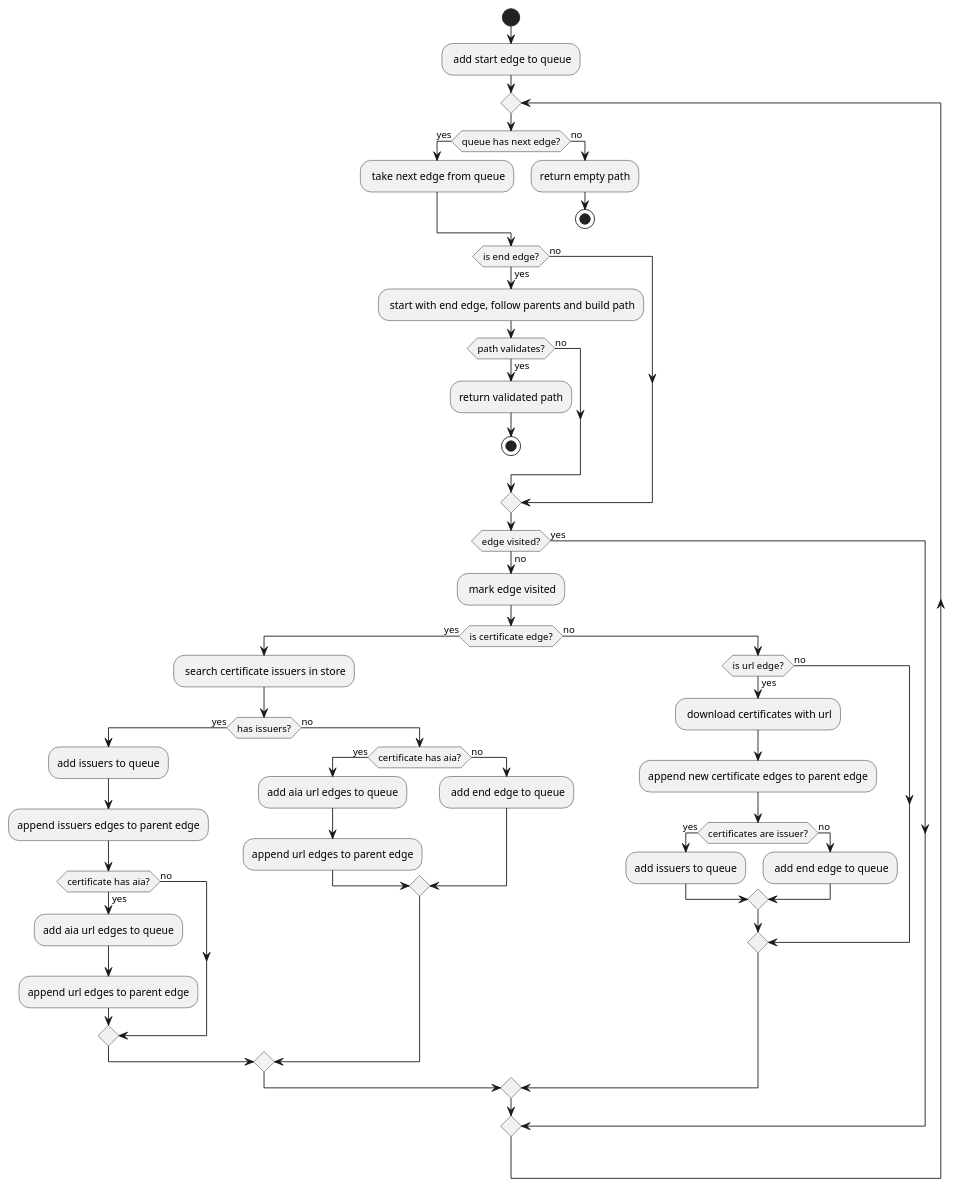
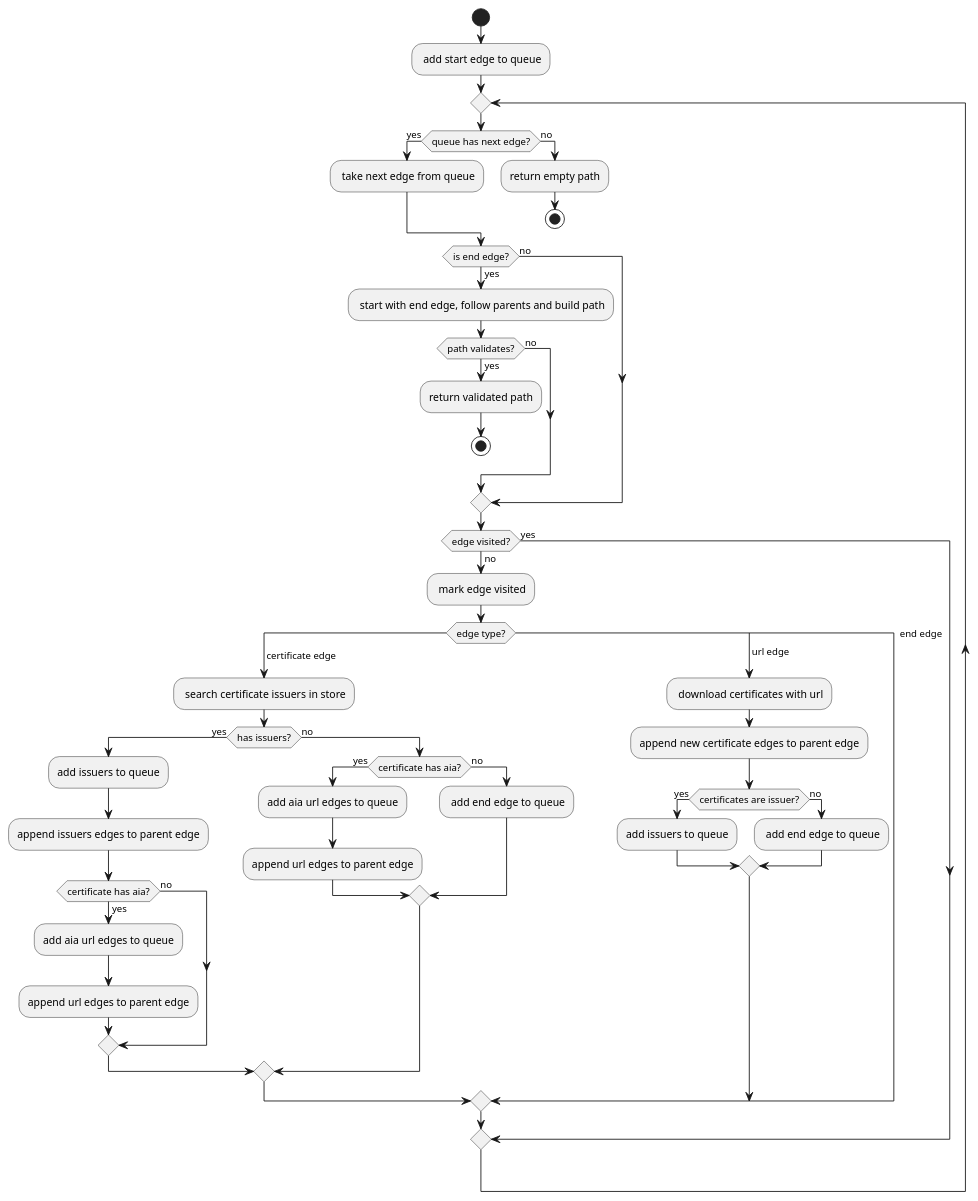
One commit to ciphx-src/x509-path-finder changed the diagram in doc/find.puml. Above: the diagram before and after it, drawn with PlantUML. The commit also changed 29 other files, not shown here.

```diff
--- a/doc/find.puml
+++ b/doc/find.puml
@@ -1,65 +1,66 @@
 @startuml
 
 start
 
 : add start edge to queue;
 
 repeat
     if (queue has next edge?) then (yes)
         : take next edge from queue;
     else (no)
         :return empty path;
         stop;
     endif
 
     if (is end edge?) then (yes)
         : start with end edge, follow parents and build path;
         if (path validates?) then (yes)
             :return validated path;
             stop;
         else (no)
         endif
     else (no)
     endif
 
     if (edge visited?) then (yes)
     else (no)
         : mark edge visited;
 
-        if (is certificate edge?) then (yes)
-            : search certificate issuers in store;
-            if (has issuers?) then (yes)
-                :add issuers to queue;
-                :append issuers edges to parent edge;
-                if (certificate has aia?) then (yes)
-                    :add aia url edges to queue;
-                    :append url edges to parent edge;
+        switch (edge type?)
+            case ( certificate edge )
+                : search certificate issuers in store;
+                if (has issuers?) then (yes)
+                    :add issuers to queue;
+                    :append issuers edges to parent edge;
+                    if (certificate has aia?) then (yes)
+                        :add aia url edges to queue;
+                        :append url edges to parent edge;
+                    else (no)
+                    endif
                 else (no)
+                    if (certificate has aia?) then (yes)
+                        :add aia url edges to queue;
+                        :append url edges to parent edge;
+                    else (no)
+                        : add end edge to queue;
+                    endif
                 endif
-            else (no)
-                if (certificate has aia?) then (yes)
-                    :add aia url edges to queue;
-                    :append url edges to parent edge;
-                else (no)
-                    : add end edge to queue;
-                endif
-            endif
-        else (no)
-            if (is url edge?) then (yes)
+            case ( url edge )
                 : download certificates with url;
                 :append new certificate edges to parent edge;
                 if (certificates are issuer?) then (yes)
                     :add issuers to queue;
                 else (no)
                     : add end edge to queue;
                 endif
-            else (no)
-            endif
-        endif
+            case ( end edge )
+        endswitch
+
+
     endif
 repeat while
 
 
 
 
 @enduml
```
